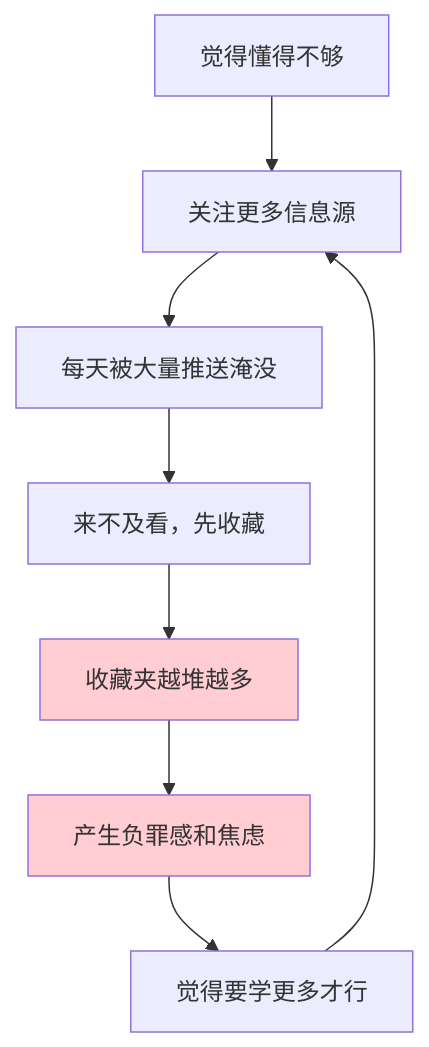
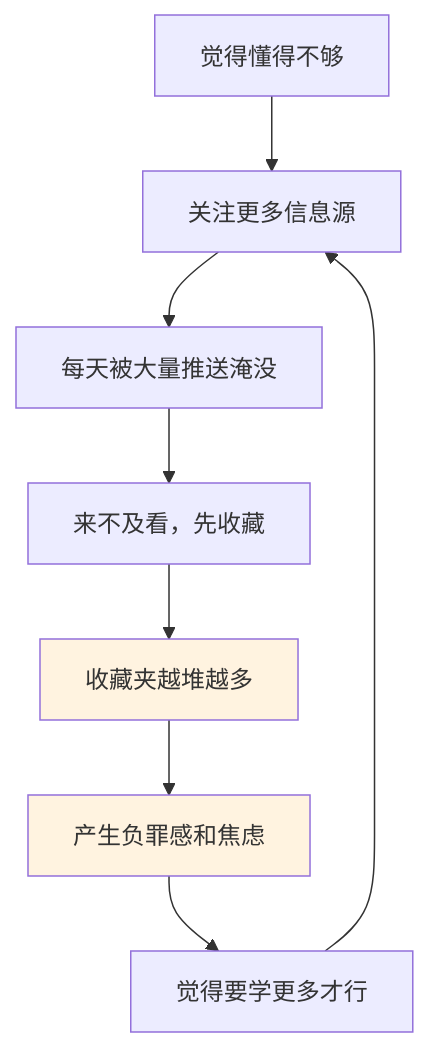
One commit to chongyang211/YCBookBlog changed the second of 6 diagrams in packages/website/11.书籍/04.自我精进·学习/08.建立优质信息源.md. Above: the diagram before and after it, drawn with Mermaid. The commit also changed other lines of this file and 17 other files, not shown here.

````diff
--- a/packages/website/11.书籍/04.自我精进·学习/08.建立优质信息源.md
+++ b/packages/website/11.书籍/04.自我精进·学习/08.建立优质信息源.md
@@ -76,12 +68,12 @@
 ```mermaid
 graph TD
     A[觉得懂得不够] --> B[关注更多信息源]
     B --> C[每天被大量推送淹没]
     C --> D[来不及看，先收藏]
     D --> E[收藏夹越堆越多]
     E --> F[产生负罪感和焦虑]
     F --> G[觉得要学更多才行]
     G --> B
-    style E fill:#ffcdd2
-    style F fill:#ffcdd2
+    style E fill:#fff3e0
+    style F fill:#fff3e0
 ```
````
